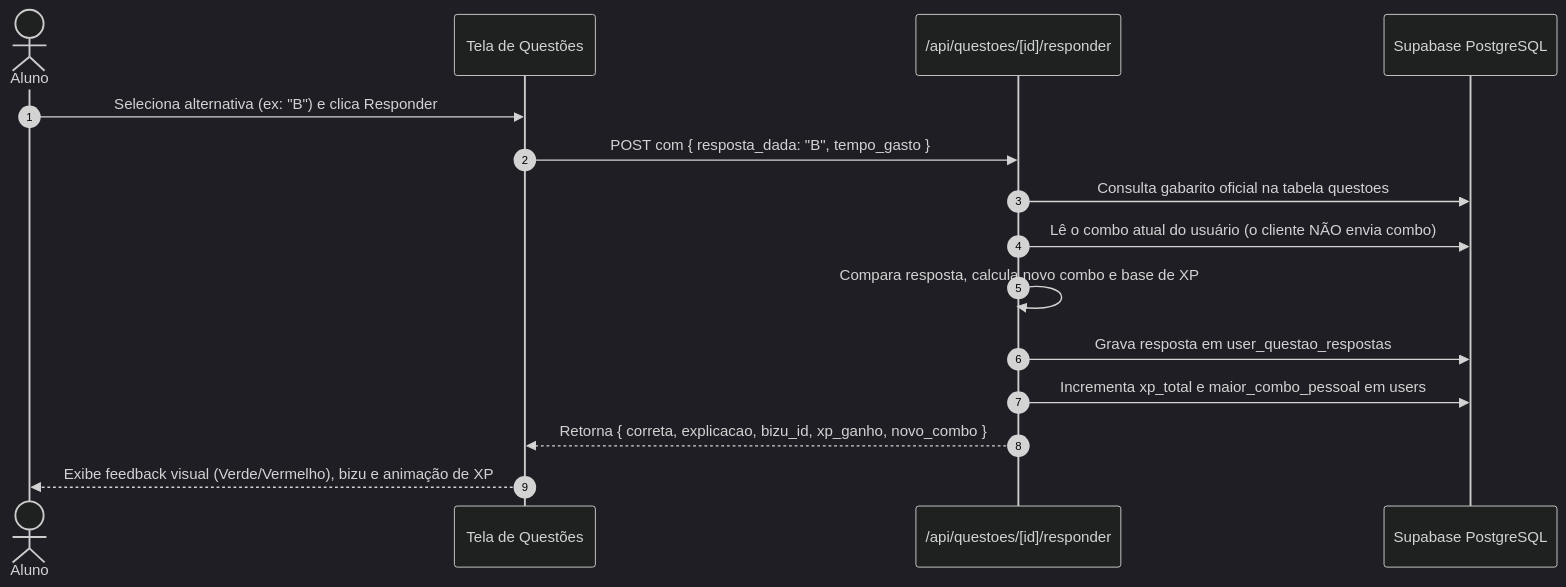
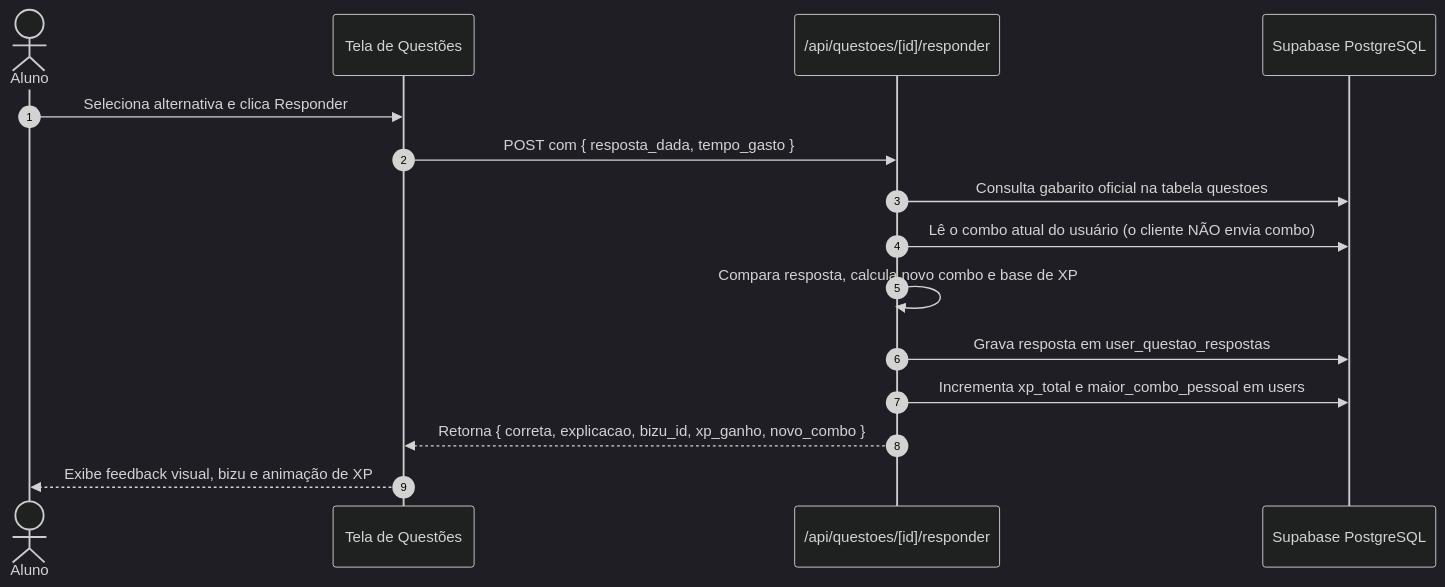
Before and after one commit to rafzz-sx/Estudo: the third of 3 diagrams in batcaverna/README.md, drawn with Mermaid (dark theme). The commit also changed other lines of this file and 2 other files, not shown here.

````diff
--- a/batcaverna/README.md
+++ b/batcaverna/README.md
@@ -421,18 +333,18 @@
 ```mermaid
 sequenceDiagram
     autonumber
     actor Aluno as Aluno
     participant Web as Tela de Questões
     participant API as /api/questoes/[id]/responder
     participant DB as Supabase PostgreSQL
 
-    Aluno->>Web: Seleciona alternativa (ex: "B") e clica Responder
-    Web->>API: POST com { resposta_dada: "B", tempo_gasto }
+    Aluno->>Web: Seleciona alternativa e clica Responder
+    Web->>API: POST com { resposta_dada, tempo_gasto }
     API->>DB: Consulta gabarito oficial na tabela questoes
     API->>DB: Lê o combo atual do usuário (o cliente NÃO envia combo)
     API->>API: Compara resposta, calcula novo combo e base de XP
     API->>DB: Grava resposta em user_questao_respostas
     API->>DB: Incrementa xp_total e maior_combo_pessoal em users
     API-->>Web: Retorna { correta, explicacao, bizu_id, xp_ganho, novo_combo }
-    Web-->>Aluno: Exibe feedback visual (Verde/Vermelho), bizu e animação de XP
+    Web-->>Aluno: Exibe feedback visual, bizu e animação de XP
 ```
````
